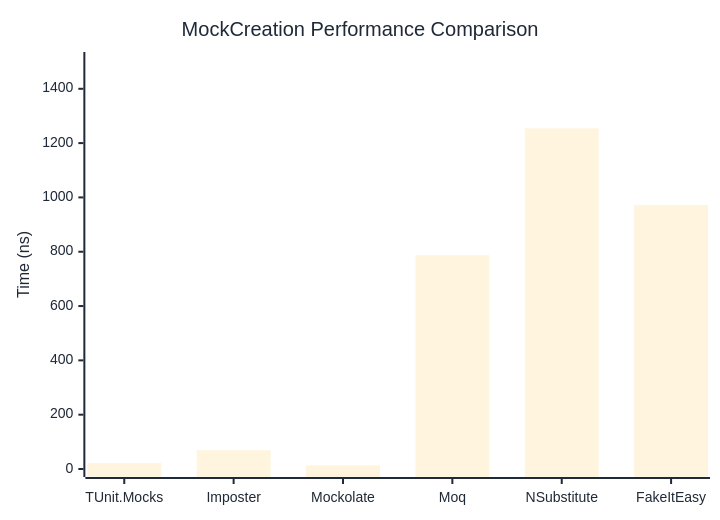
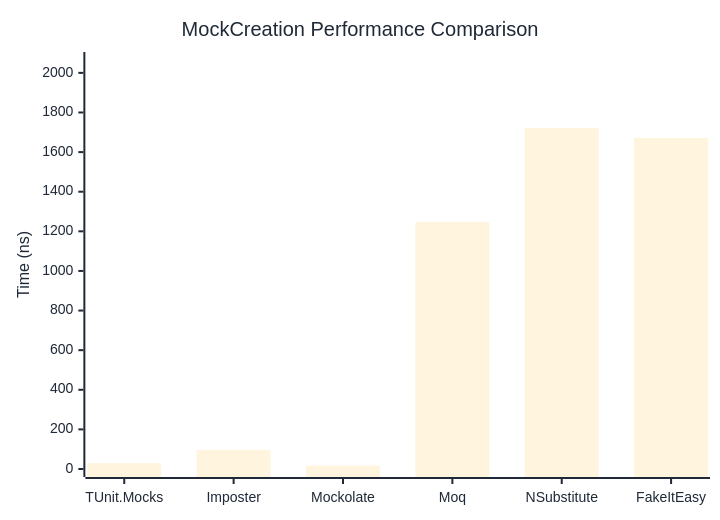
The first of 2 diagrams in docs/docs/benchmarks/mocks/MockCreation.md (thomhurst/TUnit), drawn with Mermaid before and after one commit. The commit also changed other lines of this file and 14 other files, not shown here.

````diff
--- a/docs/docs/benchmarks/mocks/MockCreation.md
+++ b/docs/docs/benchmarks/mocks/MockCreation.md
@@ -30,27 +30,27 @@
 ```mermaid
 %%{init: {
   'theme':'base',
   'themeVariables': {
     'primaryColor': '#2563eb',
     'primaryTextColor': '#1f2937',
     'primaryBorderColor': '#1e40af',
     'lineColor': '#6b7280',
     'secondaryColor': '#7c3aed',
     'tertiaryColor': '#dc2626',
     'background': '#ffffff',
     'pie1': '#2563eb',
     'pie2': '#7c3aed',
     'pie3': '#dc2626',
     'pie4': '#f59e0b',
     'pie5': '#10b981',
     'pie6': '#06b6d4',
     'pie7': '#ec4899',
     'pie8': '#6366f1'
   }
 }}%%
 xychart-beta
   title "MockCreation Performance Comparison"
   x-axis ["TUnit.Mocks", "Imposter", "Mockolate", "Moq", "NSubstitute", "FakeItEasy"]
-  y-axis "Time (ns)" 0 --> 1506
-  bar [22.22, 68.93, 13.55, 787.34, 1254.31, 972.25]
+  y-axis "Time (ns)" 0 --> 2065
+  bar [29.1, 96.49, 17.08, 1247.57, 1720.75, 1671.12]
 ```
````
